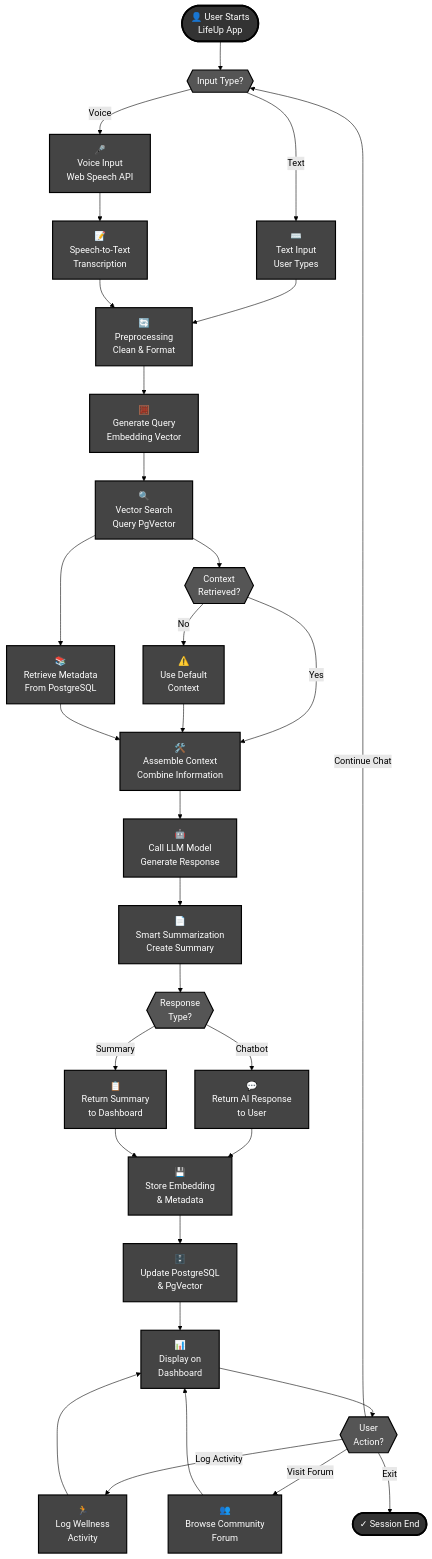
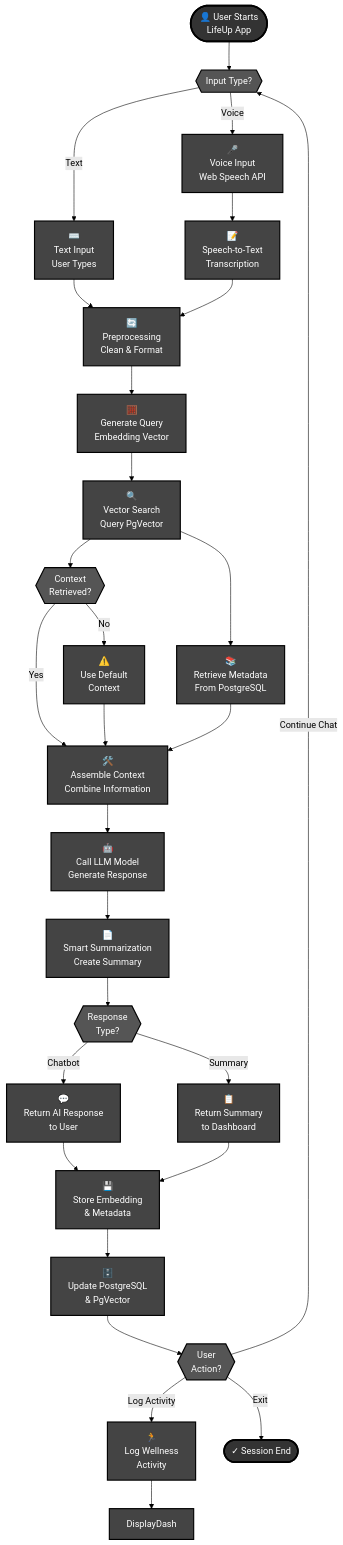
The diagram in LifeUp-Flowchart-Classic.md (SpecKeshab/Hackathon), drawn with Mermaid (forest theme) before and after one commit.

Commit message:
Updated Flow

````diff
--- a/LifeUp-Flowchart-Classic.md
+++ b/LifeUp-Flowchart-Classic.md
@@ -5,76 +5,72 @@
 ```mermaid
 graph TD
     Start(["👤 User Starts<br/>LifeUp App"]) --> InputChoice{{"Input Type?"}}
     
     InputChoice -->|Voice| VoiceInput["🎤<br/>Voice Input<br/>Web Speech API"]
     InputChoice -->|Text| TextInput["⌨️<br/>Text Input<br/>User Types"]
     
     VoiceInput --> STT["📝<br/>Speech-to-Text<br/>Transcription"]
     TextInput --> Preprocess["🔄<br/>Preprocessing<br/>Clean & Format"]
     STT --> Preprocess
     
     Preprocess --> QueryEmbed["🧮<br/>Generate Query<br/>Embedding Vector"]
     
     QueryEmbed --> VectorSearch["🔍<br/>Vector Search<br/>Query PgVector"]
     
     VectorSearch --> MetaRetrieval["📚<br/>Retrieve Metadata<br/>From PostgreSQL"]
     
     VectorSearch --> ContextCheck{{"Context<br/>Retrieved?"}}
     ContextCheck -->|Yes| Assembly["🛠️<br/>Assemble Context<br/>Combine Information"]
     ContextCheck -->|No| DefaultContext["⚠️<br/>Use Default<br/>Context"]
     DefaultContext --> Assembly
     
     MetaRetrieval --> Assembly
     
     Assembly --> LLMCall["🤖<br/>Call LLM Model<br/>Generate Response"]
     
     LLMCall --> Summarize["📄<br/>Smart Summarization<br/>Create Summary"]
     
     Summarize --> Response{{"Response<br/>Type?"}}
     
     Response -->|Chatbot| ChatReturn["💬<br/>Return AI Response<br/>to User"]
     Response -->|Summary| SummaryReturn["📋<br/>Return Summary<br/>to Dashboard"]
     
     ChatReturn --> StoreData["💾<br/>Store Embedding<br/>& Metadata"]
     SummaryReturn --> StoreData
     
     StoreData --> UpdateDB["🗄️<br/>Update PostgreSQL<br/>& PgVector"]
     
-    UpdateDB --> DisplayDash["📊<br/>Display on<br/>Dashboard"]
     
-    DisplayDash --> UserChoice{{"User<br/>Action?"}}
+    UpdateDB --> UserChoice{{"User<br/>Action?"}}
     
     UserChoice -->|Continue Chat| InputChoice
     UserChoice -->|Log Activity| LogActivity["🏃<br/>Log Wellness<br/>Activity"]
-    UserChoice -->|Visit Forum| Forum["👥<br/>Browse Community<br/>Forum"]
     UserChoice -->|Exit| End(["✓ Session End"])
     
     LogActivity --> DisplayDash
-    Forum --> DisplayDash
     
     style Start fill:#333,stroke:#000,stroke-width:3px,color:#fff
     style End fill:#333,stroke:#000,stroke-width:3px,color:#fff
     style InputChoice fill:#555,stroke:#000,stroke-width:2px,color:#fff
     style ContextCheck fill:#555,stroke:#000,stroke-width:2px,color:#fff
     style Response fill:#555,stroke:#000,stroke-width:2px,color:#fff
     style UserChoice fill:#555,stroke:#000,stroke-width:2px,color:#fff
     
     style VoiceInput fill:#444,stroke:#000,stroke-width:2px,color:#fff
     style TextInput fill:#444,stroke:#000,stroke-width:2px,color:#fff
     style STT fill:#444,stroke:#000,stroke-width:2px,color:#fff
     style Preprocess fill:#444,stroke:#000,stroke-width:2px,color:#fff
     style QueryEmbed fill:#444,stroke:#000,stroke-width:2px,color:#fff
     style VectorSearch fill:#444,stroke:#000,stroke-width:2px,color:#fff
     style MetaRetrieval fill:#444,stroke:#000,stroke-width:2px,color:#fff
     style Assembly fill:#444,stroke:#000,stroke-width:2px,color:#fff
     style DefaultContext fill:#444,stroke:#000,stroke-width:2px,color:#fff
     style LLMCall fill:#444,stroke:#000,stroke-width:2px,color:#fff
     style Summarize fill:#444,stroke:#000,stroke-width:2px,color:#fff
     style ChatReturn fill:#444,stroke:#000,stroke-width:2px,color:#fff
     style SummaryReturn fill:#444,stroke:#000,stroke-width:2px,color:#fff
     style StoreData fill:#444,stroke:#000,stroke-width:2px,color:#fff
     style UpdateDB fill:#444,stroke:#000,stroke-width:2px,color:#fff
     style DisplayDash fill:#444,stroke:#000,stroke-width:2px,color:#fff
     style LogActivity fill:#444,stroke:#000,stroke-width:2px,color:#fff
-    style Forum fill:#444,stroke:#000,stroke-width:2px,color:#fff
 ```
````
